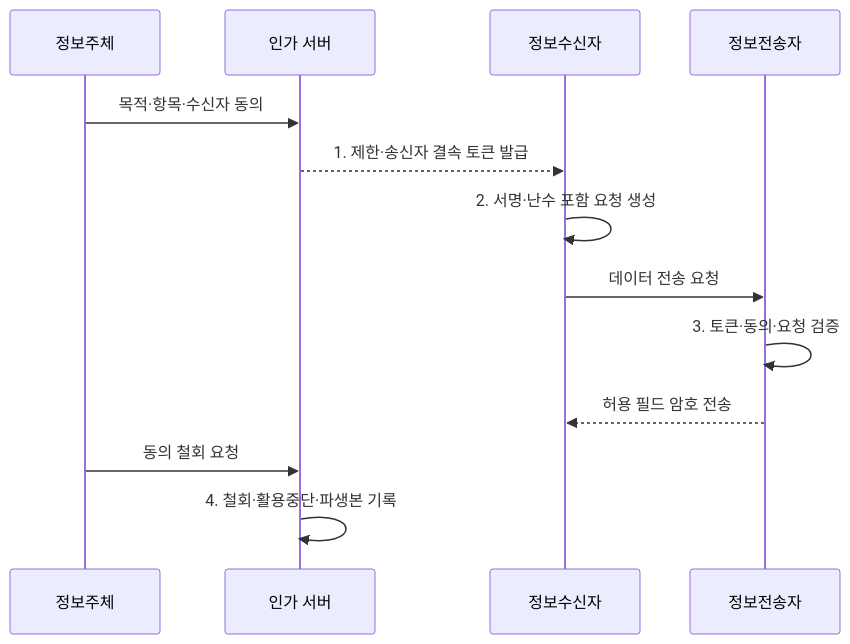
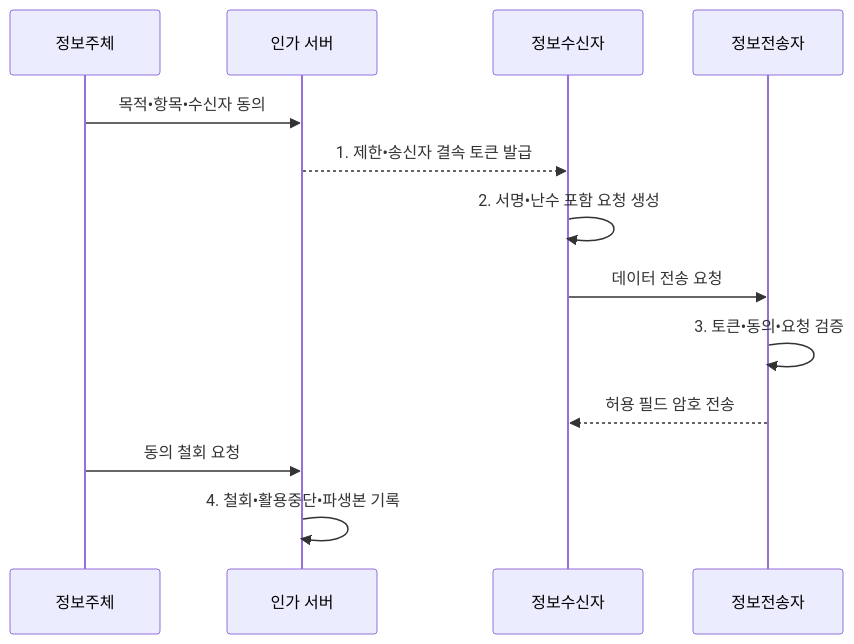
The second of 2 diagrams in src/content/docs/notes/05-security/099_mydata_service_security.md (agnusdei1207/knowledge-base), drawn with Mermaid before and after one commit. The commit also changed other lines of this file and 953 other files, not shown here.

````diff
--- a/src/content/docs/notes/05-security/099_mydata_service_security.md
+++ b/src/content/docs/notes/05-security/099_mydata_service_security.md
@@ -95,15 +95,15 @@
 ```mermaid
 sequenceDiagram
     participant U as 정보주체
     participant A as 인가 서버
     participant R as 정보수신자
     participant H as 정보전송자
-    U->>A: 목적·항목·수신자 동의
-    A-->>R: 1. 제한·송신자 결속 토큰 발급
-    R->>R: 2. 서명·난수 포함 요청 생성
+    U->>A: 목적•항목•수신자 동의
+    A-->>R: 1. 제한•송신자 결속 토큰 발급
+    R->>R: 2. 서명•난수 포함 요청 생성
     R->>H: 데이터 전송 요청
-    H->>H: 3. 토큰·동의·요청 검증
+    H->>H: 3. 토큰•동의•요청 검증
     H-->>R: 허용 필드 암호 전송
     U->>A: 동의 철회 요청
-    A->>A: 4. 철회·활용중단·파생본 기록
+    A->>A: 4. 철회•활용중단•파생본 기록
 ```
````
